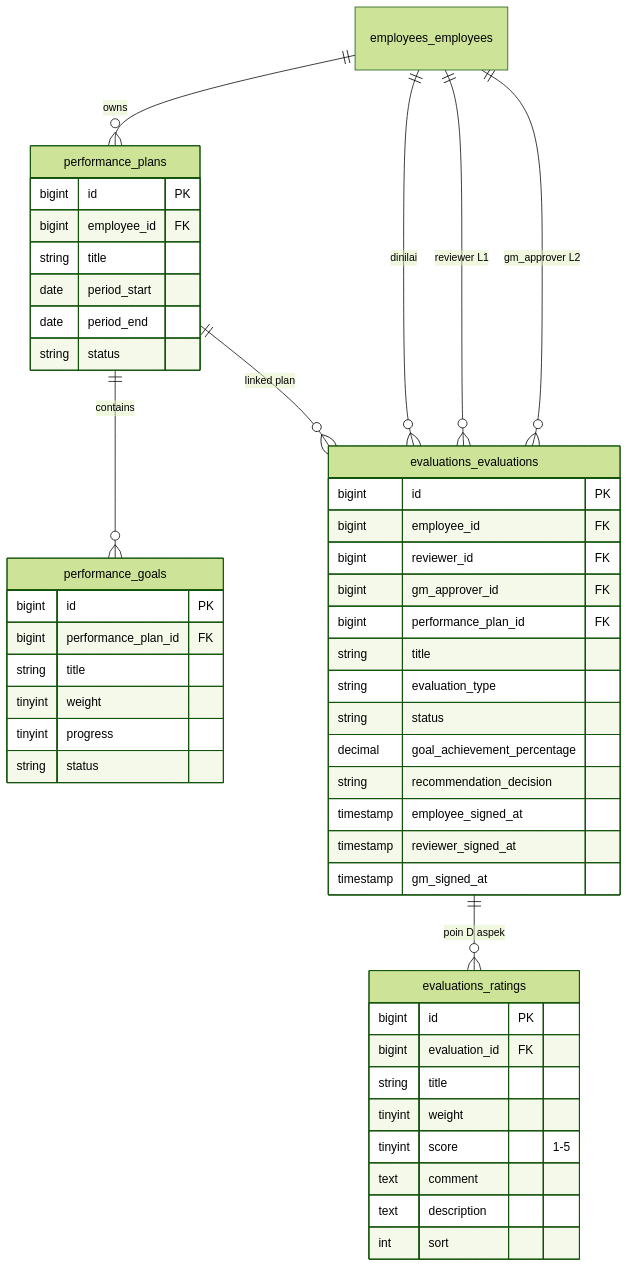
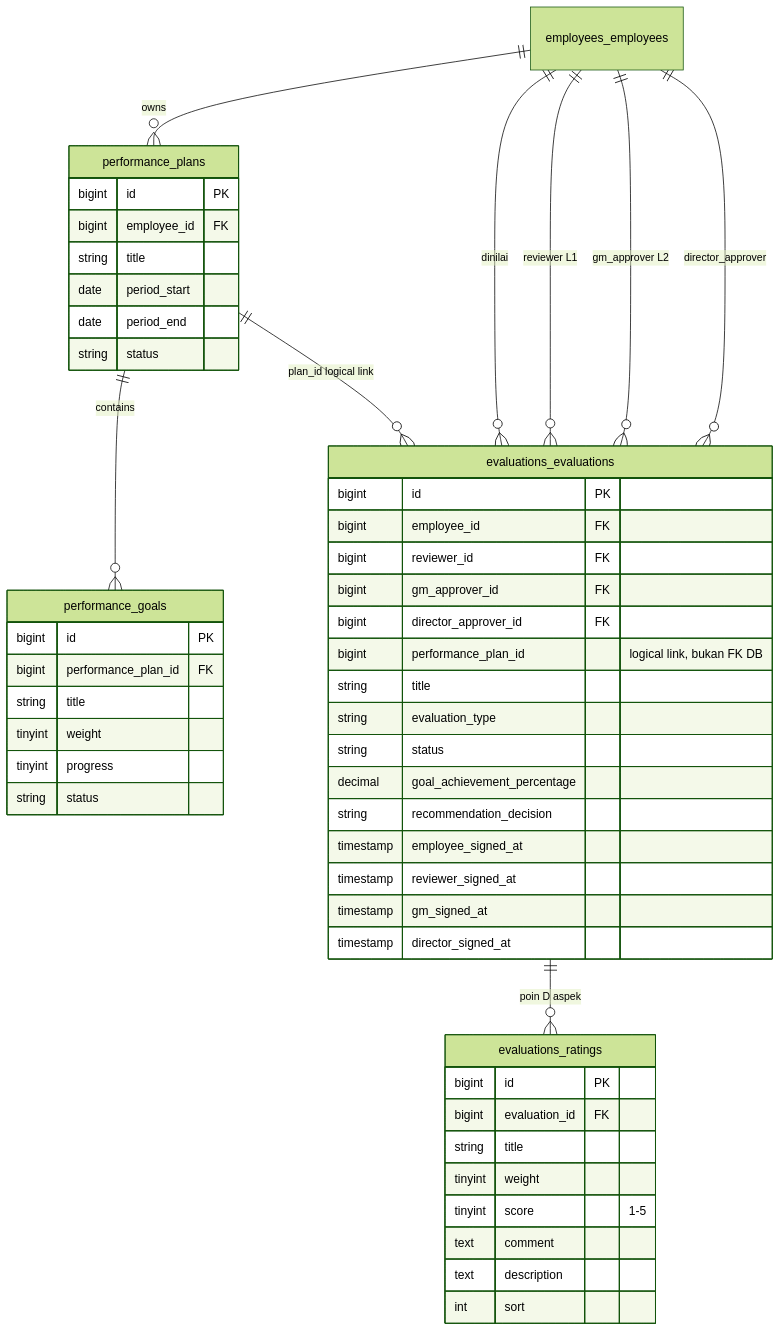
The fourth of 7 diagrams in docs/ERD-auraERP.md (bionte4/auraERP), drawn with Mermaid (forest theme) before and after one commit. The commit also changed other lines of this file and 4 other files, not shown here.

First line of the commit message:
docs: sync schema/ERD/PRD and make project stage seeder idempotent

````diff
--- a/docs/ERD-auraERP.md
+++ b/docs/ERD-auraERP.md
@@ -217,56 +229,59 @@
 ```mermaid
 erDiagram
   employees_employees ||--o{ performance_plans : owns
   performance_plans ||--o{ performance_goals : contains
 
   employees_employees ||--o{ evaluations_evaluations : "dinilai"
   employees_employees ||--o{ evaluations_evaluations : "reviewer L1"
   employees_employees ||--o{ evaluations_evaluations : "gm_approver L2"
-  performance_plans ||--o{ evaluations_evaluations : "linked plan"
+  employees_employees ||--o{ evaluations_evaluations : "director_approver"
+  performance_plans ||--o{ evaluations_evaluations : "plan_id logical link"
   evaluations_evaluations ||--o{ evaluations_ratings : "poin D aspek"
 
   performance_plans {
     bigint id PK
     bigint employee_id FK
     string title
     date period_start
     date period_end
     string status
   }
 
   performance_goals {
     bigint id PK
     bigint performance_plan_id FK
     string title
     tinyint weight
     tinyint progress
     string status
   }
 
   evaluations_evaluations {
     bigint id PK
     bigint employee_id FK
     bigint reviewer_id FK
     bigint gm_approver_id FK
-    bigint performance_plan_id FK
+    bigint director_approver_id FK
+    bigint performance_plan_id "logical link, bukan FK DB"
     string title
     string evaluation_type
     string status
     decimal goal_achievement_percentage
     string recommendation_decision
     timestamp employee_signed_at
     timestamp reviewer_signed_at
     timestamp gm_signed_at
+    timestamp director_signed_at
   }
 
   evaluations_ratings {
     bigint id PK
     bigint evaluation_id FK
     string title
     tinyint weight
     tinyint score "1-5"
     text comment
     text description
     int sort
   }
 ```
````
